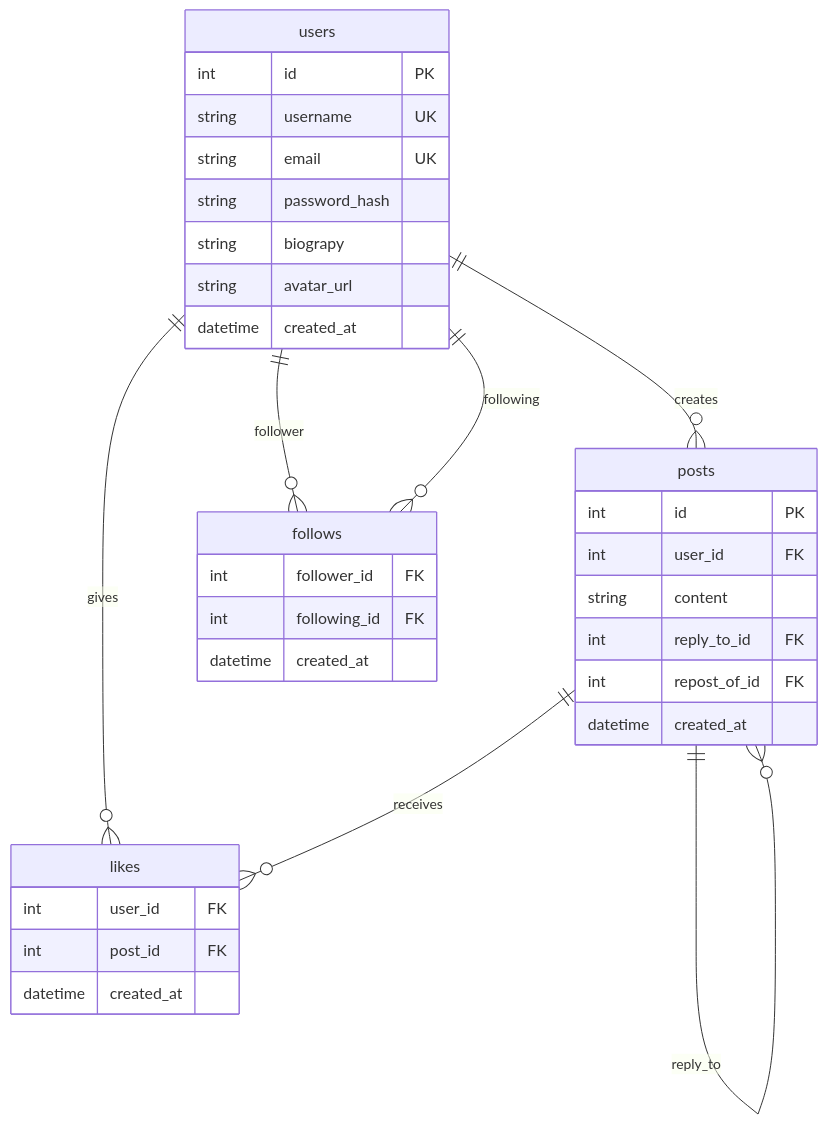
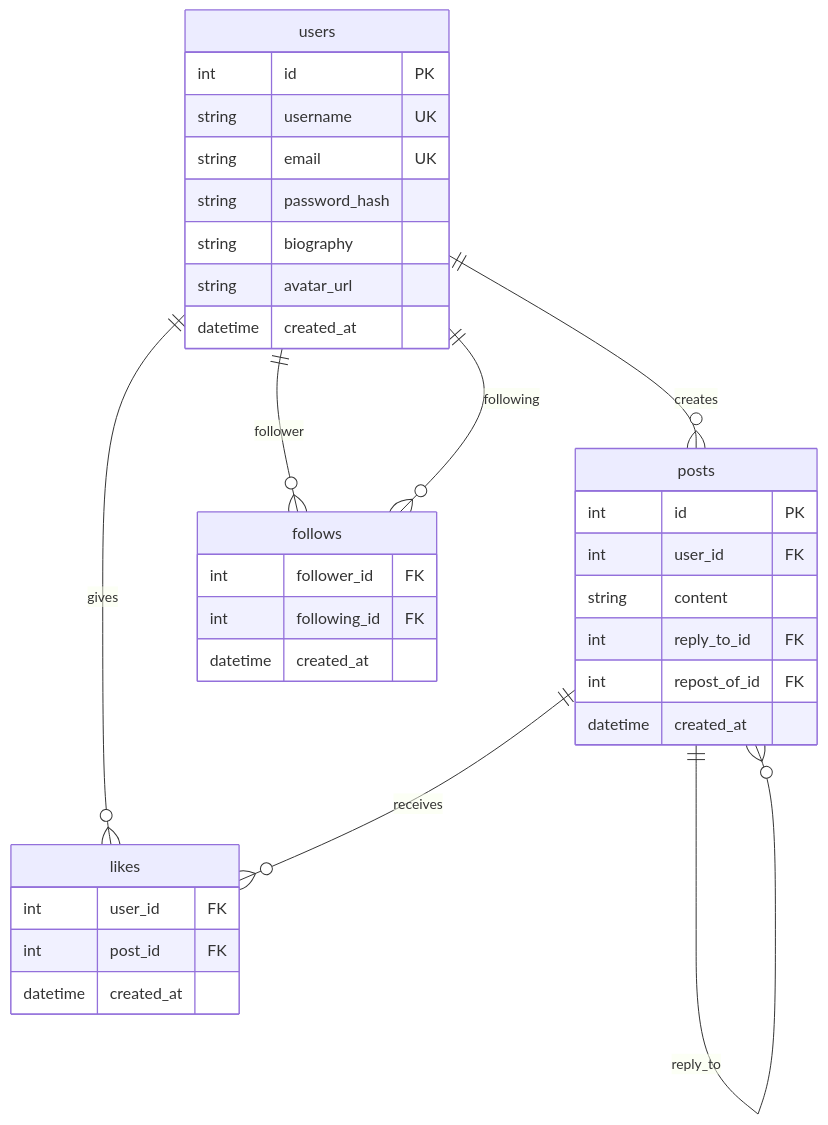
The diagram in README.md (kaja36/SNS-backend), drawn with Mermaid before and after one commit.

Commit message:
fix: spell miss

````diff
--- a/README.md
+++ b/README.md
@@ -3,40 +3,40 @@
 ```mermaid
 erDiagram
     users ||--o{ posts : creates
     users ||--o{ follows : follower
     users ||--o{ follows : following
     users ||--o{ likes : gives
     posts ||--o{ likes : receives
     posts ||--o{ posts : reply_to
 
     users {
         int id PK
         string username UK
         string email UK
         string password_hash
-        string biograpy
+        string biography
         string avatar_url
         datetime created_at
     }
 
     posts {
         int id PK
         int user_id FK
         string content
         int reply_to_id FK
         int repost_of_id FK
         datetime created_at
     }
 
     follows {
         int follower_id FK
         int following_id FK
         datetime created_at
     }
 
     likes {
         int user_id FK
         int post_id FK
         datetime created_at
     }
 ```
````
